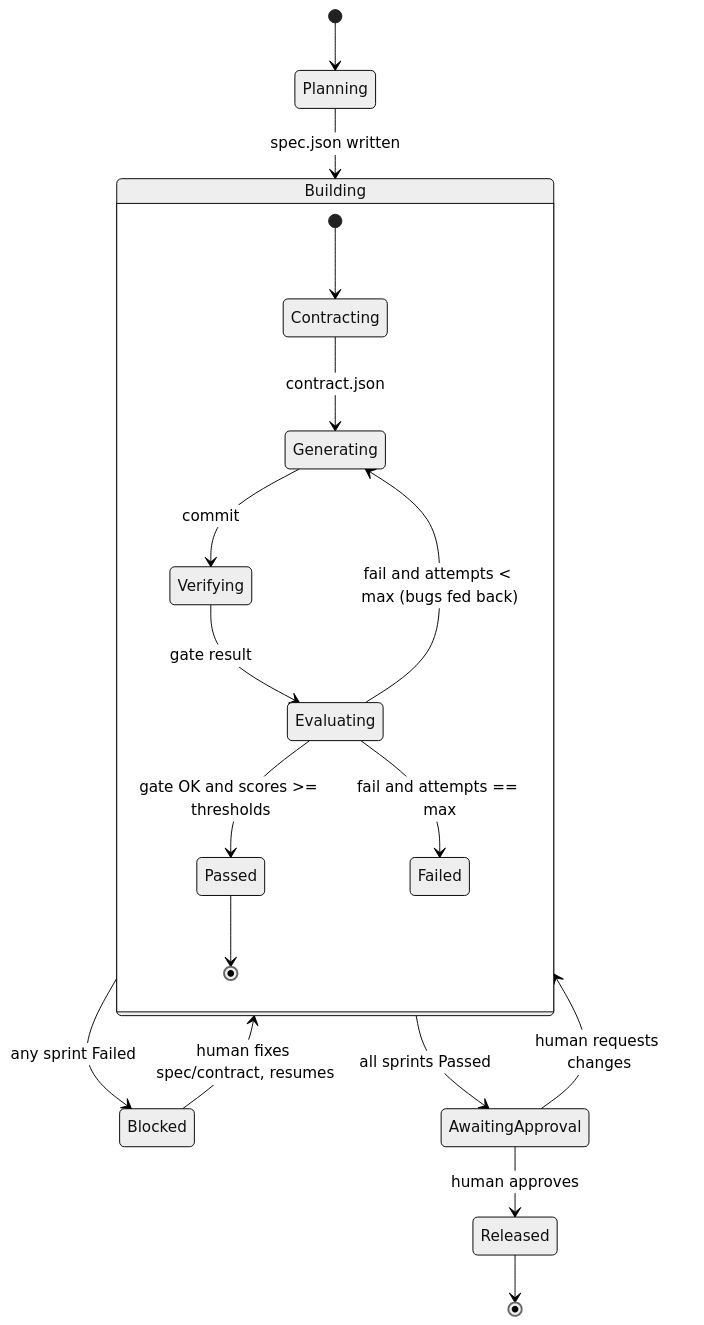
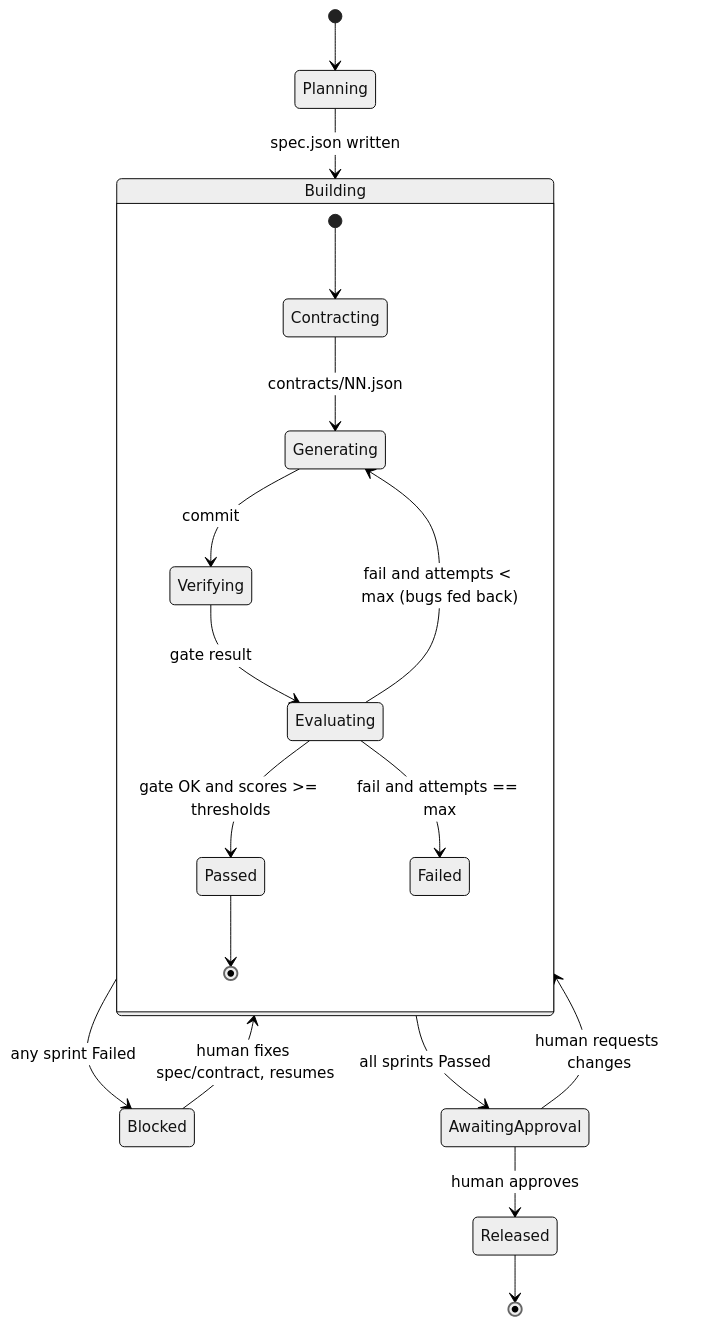
The third of 9 diagrams in docs/architecture.md (anandnarayanan2017/ai-assisted-sdlc), drawn with Mermaid (neutral theme) before and after one commit. The commit also changed other lines of this file and 60 other files, not shown here.

````diff
--- a/docs/architecture.md
+++ b/docs/architecture.md
@@ -105,21 +105,21 @@
 ```mermaid
 stateDiagram-v2
     [*] --> Planning
     Planning --> Building: spec.json written
     state Building {
         [*] --> Contracting
-        Contracting --> Generating: contract.json
+        Contracting --> Generating: contracts/NN.json
         Generating --> Verifying: commit
         Verifying --> Evaluating: gate result
         Evaluating --> Passed: gate OK and scores >= thresholds
         Evaluating --> Generating: fail and attempts < max (bugs fed back)
         Evaluating --> Failed: fail and attempts == max
         Passed --> [*]
     }
     Building --> Blocked: any sprint Failed
     Building --> AwaitingApproval: all sprints Passed
     AwaitingApproval --> Released: human approves
     AwaitingApproval --> Building: human requests changes
     Blocked --> Building: human fixes spec/contract, resumes
     Released --> [*]
 ```
````
